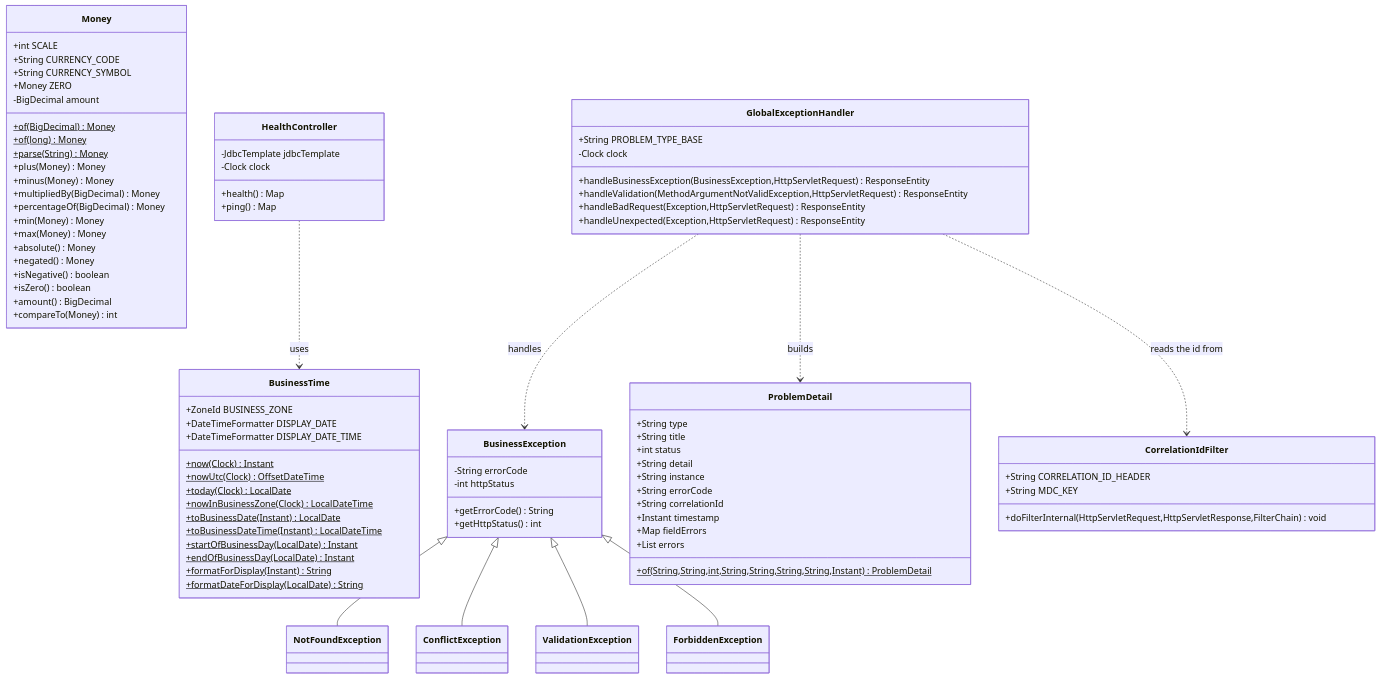
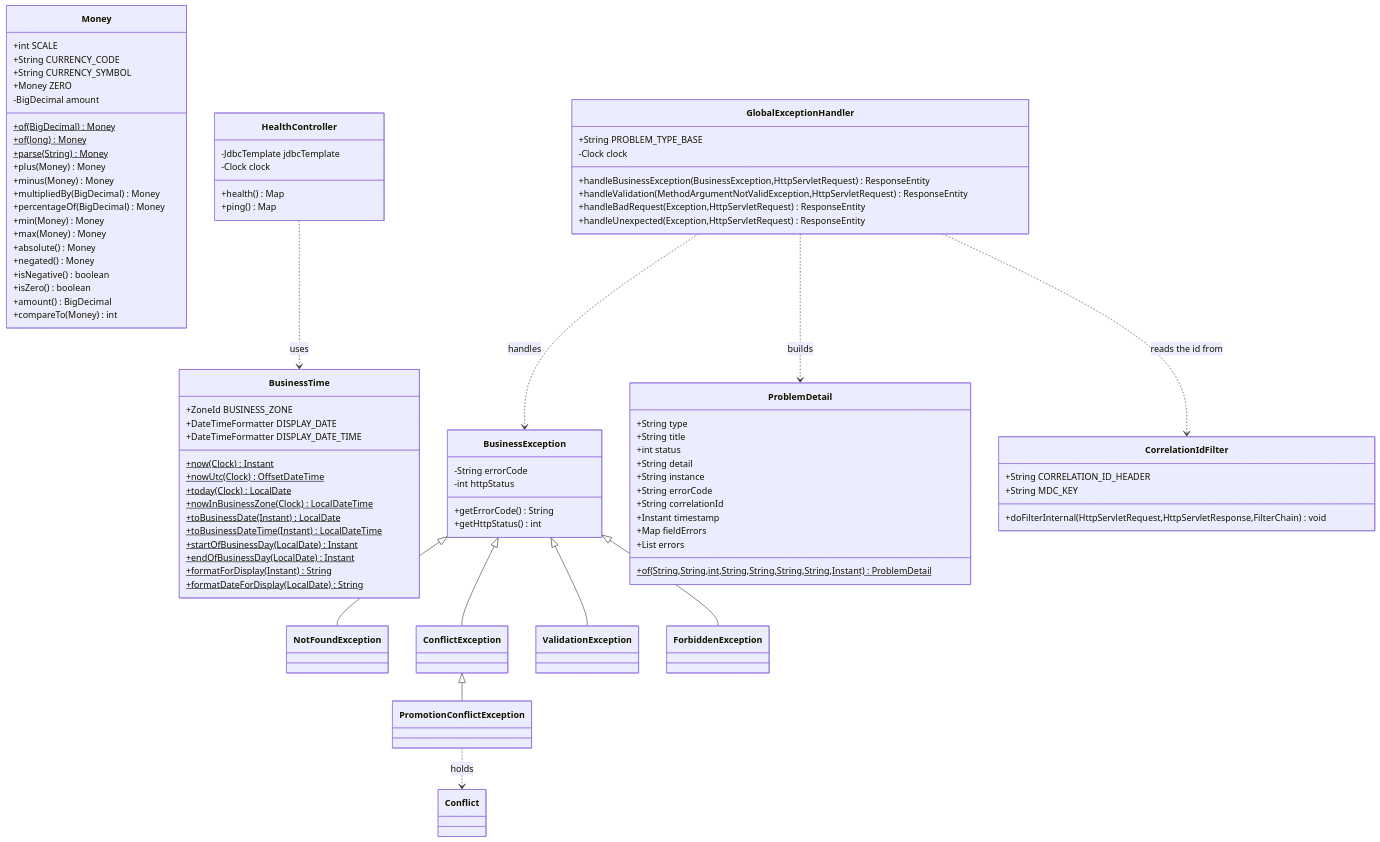
The first of 5 diagrams in docs/JAVA_GUIDE.md (truck-kun0-beep/merqo), drawn with Mermaid before and after one commit. The commit also changed other lines of this file and 28 other files, not shown here.

```diff
--- a/docs/JAVA_GUIDE.md
+++ b/docs/JAVA_GUIDE.md
@@ -679,6 +706,8 @@
     BusinessException <|-- ConflictException
     BusinessException <|-- ValidationException
     BusinessException <|-- ForbiddenException
+    ConflictException <|-- PromotionConflictException
+    PromotionConflictException ..> Conflict : holds
     GlobalExceptionHandler ..> BusinessException : handles
     GlobalExceptionHandler ..> ProblemDetail : builds
     GlobalExceptionHandler ..> CorrelationIdFilter : reads the id from
```
